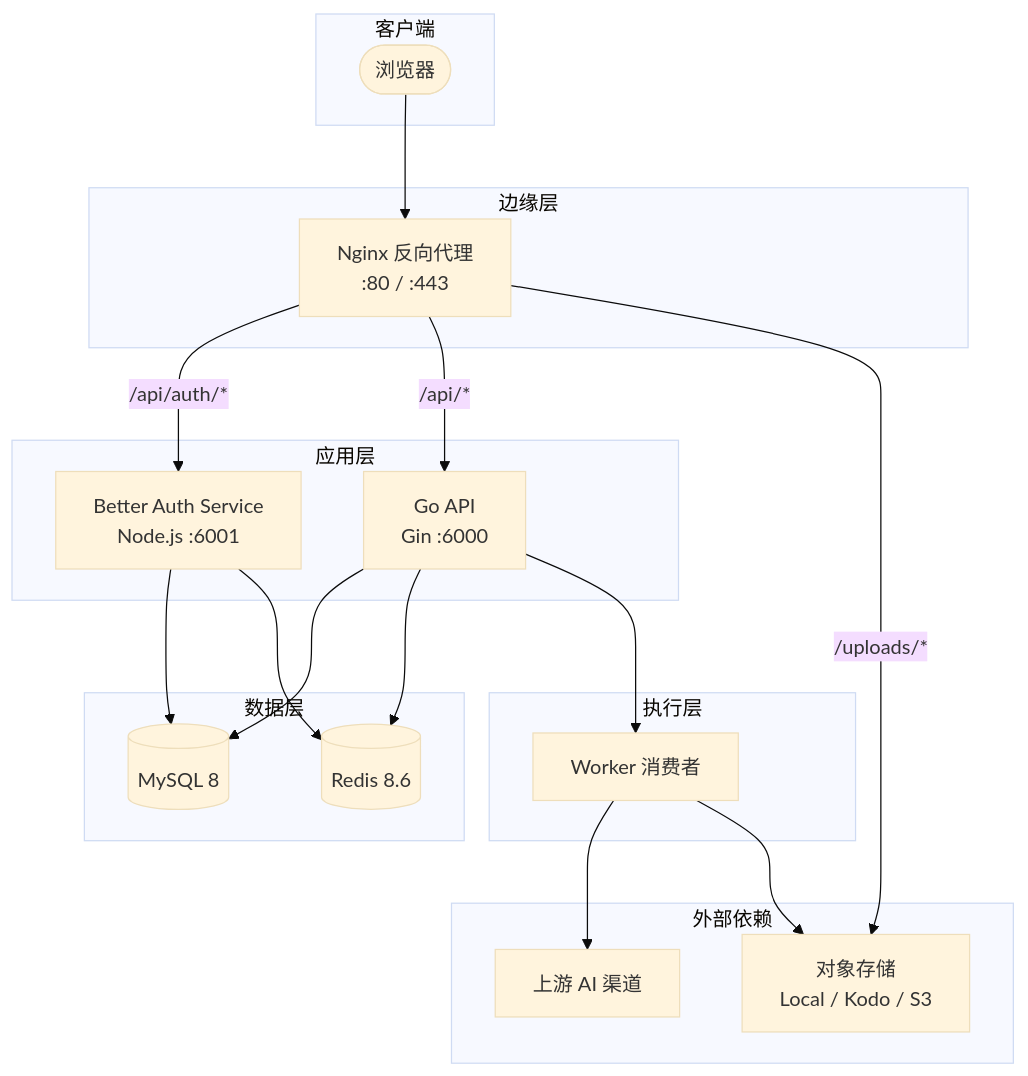
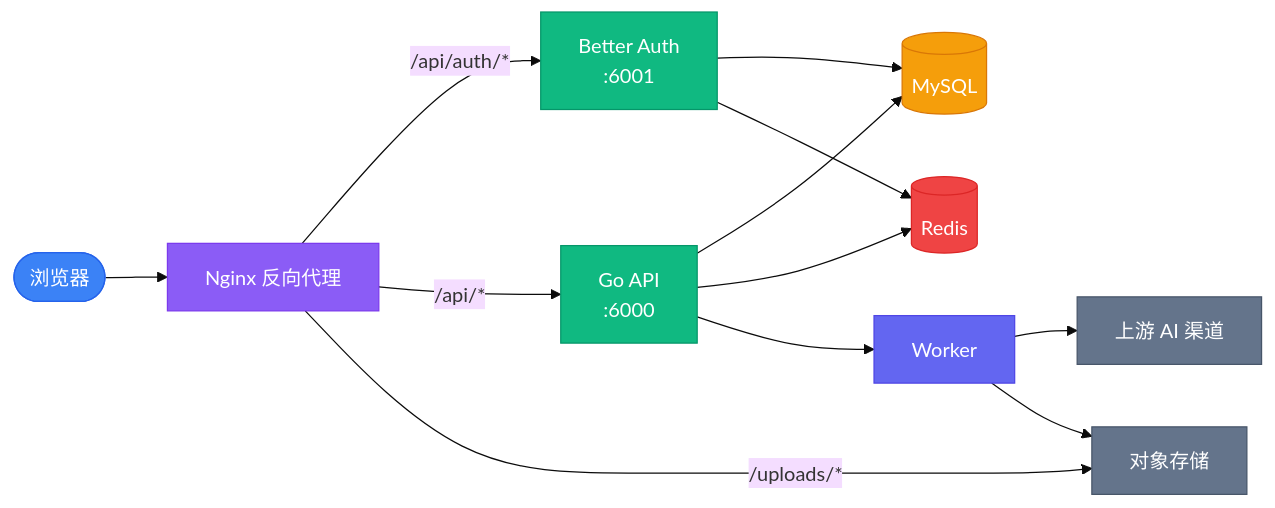
One commit to Ericsunsk/IdeaBoard changed the diagram in README.md. Above: the diagram before and after it, drawn with Mermaid (base theme).

Commit message:
docs: simplify Mermaid diagram with LR layout and node color styling

````diff
--- a/README.md
+++ b/README.md
@@ -68,42 +68,26 @@
 ```mermaid
-graph TB
-  subgraph 客户端
-    Browser([浏览器])
-  end
+graph LR
+  Browser([浏览器]) --> Nginx[Nginx 反向代理]
+  Nginx -->|/api/auth/*| Auth[Better Auth<br/>:6001]
+  Nginx -->|/api/*| API[Go API<br/>:6000]
+  Nginx -->|/uploads/*| OSS[对象存储]
 
-  subgraph 边缘层
-    Nginx[Nginx 反向代理<br/>:80 / :443]
-  end
+  API --> DB[(MySQL)]
+  API --> Cache[(Redis)]
+  API --> Worker[Worker]
+  Auth --> DB
+  Auth --> Cache
 
-  subgraph 应用层
-    Auth[Better Auth Service<br/>Node.js :6001]
-    GoAPI[Go API<br/>Gin :6000]
-  end
+  Worker --> AI[上游 AI 渠道]
+  Worker --> OSS
 
-  subgraph 数据层
-    MySQL[(MySQL 8)]
-    Redis[(Redis 8.6)]
-  end
-
-  subgraph 执行层
-    Worker[Worker 消费者]
-  end
-
-  subgraph 外部依赖
-    Channel[上游 AI 渠道]
-    Storage[对象存储<br/>Local / Kodo / S3]
-  end
-
-  Browser --> Nginx
-  Nginx -->|/api/auth/*| Auth
-  Nginx -->|/api/*| GoAPI
-  Nginx -->|/uploads/*| Storage
-
-  Auth --> MySQL
-  Auth --> Redis
-  GoAPI --> MySQL
-  GoAPI --> Redis
-  GoAPI --> Worker
-  Worker --> Channel
-  Worker --> Storage
+  style Browser fill:#3b82f6,stroke:#2563eb,color:#fff
+  style Nginx fill:#8b5cf6,stroke:#7c3aed,color:#fff
+  style Auth fill:#10b981,stroke:#059669,color:#fff
+  style API fill:#10b981,stroke:#059669,color:#fff
+  style DB fill:#f59e0b,stroke:#d97706,color:#fff
+  style Cache fill:#ef4444,stroke:#dc2626,color:#fff
+  style Worker fill:#6366f1,stroke:#4f46e5,color:#fff
+  style AI fill:#64748b,stroke:#475569,color:#fff
+  style OSS fill:#64748b,stroke:#475569,color:#fff
 ```
````
